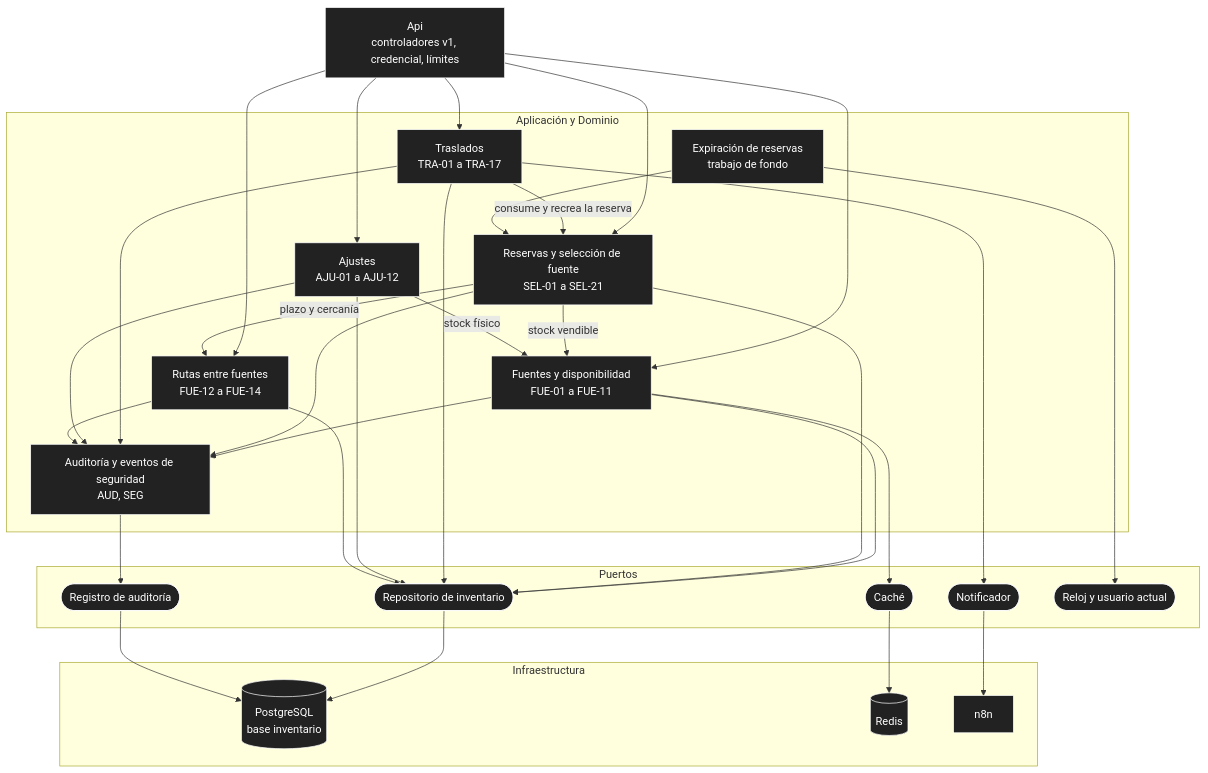
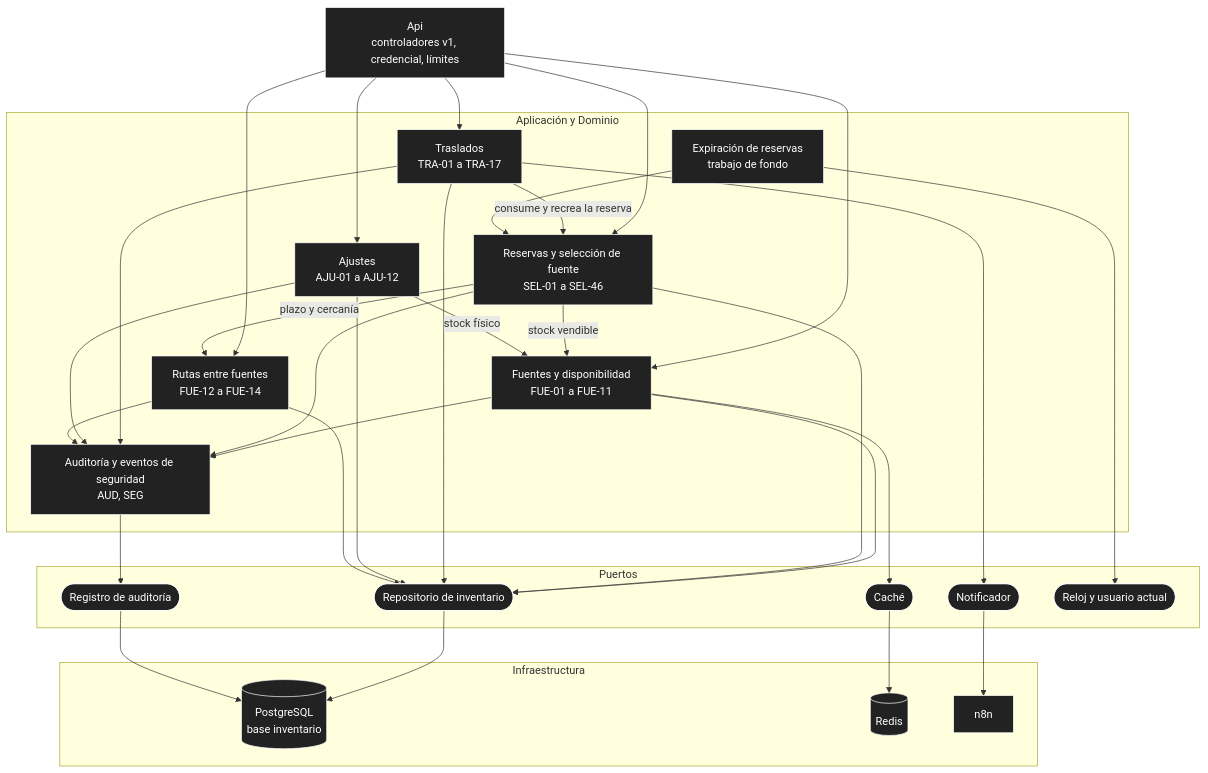
One commit to P35C4D0R4B1050/BabelHub changed the first of 5 diagrams in docs/04-modelo-c4/02-componentes.md. Above: the diagram before and after it, drawn with Mermaid. The commit also changed 39 other files, not shown here.

````diff
--- a/docs/04-modelo-c4/02-componentes.md
+++ b/docs/04-modelo-c4/02-componentes.md
@@ -7,60 +7,60 @@
 ```mermaid
 flowchart TD
 API["Api<br/>controladores v1, credencial, límites"]
 
 subgraph APL["Aplicación y Dominio"]
 FUE["Fuentes y disponibilidad<br/>FUE-01 a FUE-11"]
 RUT["Rutas entre fuentes<br/>FUE-12 a FUE-14"]
-RES["Reservas y selección de fuente<br/>SEL-01 a SEL-21"]
+RES["Reservas y selección de fuente<br/>SEL-01 a SEL-46"]
 TRA["Traslados<br/>TRA-01 a TRA-17"]
 AJU["Ajustes<br/>AJU-01 a AJU-12"]
 EXP["Expiración de reservas<br/>trabajo de fondo"]
 AUD["Auditoría y eventos de seguridad<br/>AUD, SEG"]
 end
 
 subgraph PUE["Puertos"]
 PR(["Repositorio de inventario"])
 PC(["Caché"])
 PN(["Notificador"])
 PA(["Registro de auditoría"])
 PT(["Reloj y usuario actual"])
 end
 
 subgraph INF["Infraestructura"]
 DB[("PostgreSQL<br/>base inventario")]
 RE[("Redis")]
 N8["n8n"]
 end
 
 API --> FUE
 API --> RES
 API --> TRA
 API --> AJU
 API --> RUT
 RES -->|"stock vendible"| FUE
 RES -->|"plazo y cercanía"| RUT
 TRA -->|"consume y recrea la reserva"| RES
 AJU -->|"stock físico"| FUE
 EXP --> RES
 FUE --> PR
 RES --> PR
 TRA --> PR
 AJU --> PR
 RUT --> PR
 FUE --> PC
 TRA --> PN
 FUE --> AUD
 RES --> AUD
 TRA --> AUD
 AJU --> AUD
 RUT --> AUD
 AUD --> PA
 EXP --> PT
 PR --> DB
 PA --> DB
 PC --> RE
 PN --> N8
 
 classDef n fill:#222,stroke:#fff,color:#fff
 class API,FUE,RUT,RES,TRA,AJU,EXP,AUD,PR,PC,PN,PA,PT,DB,RE,N8 n
 ```
````
